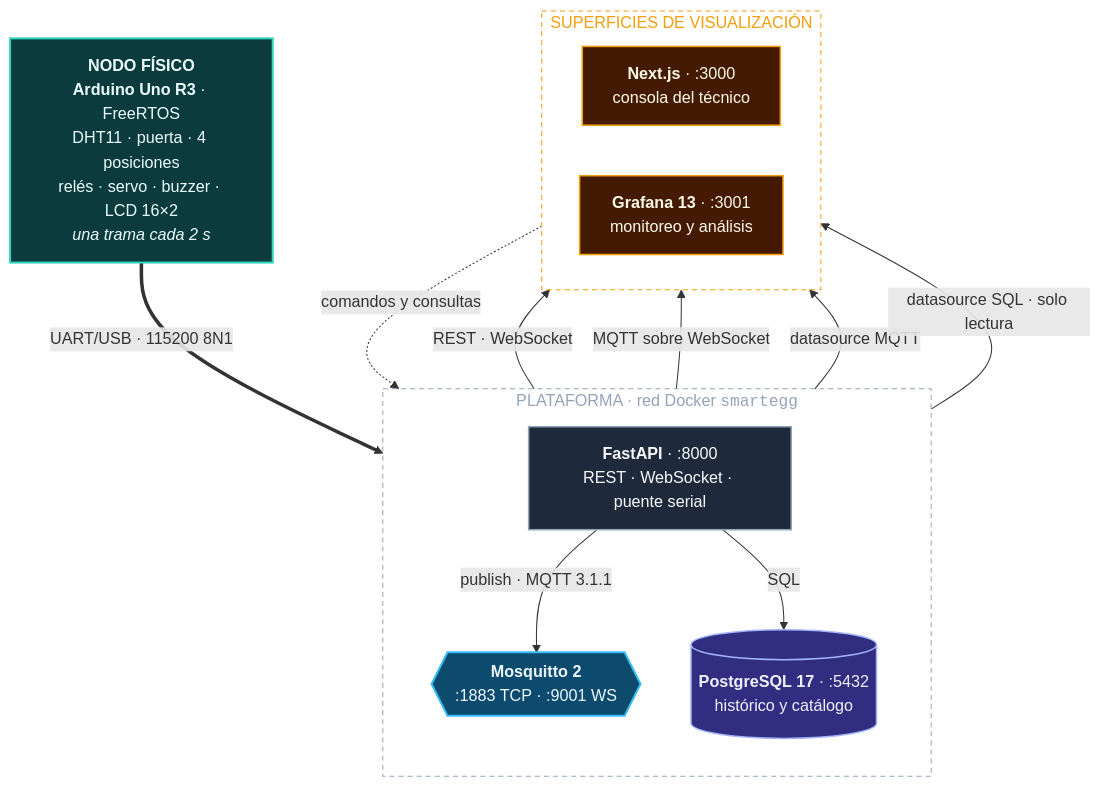
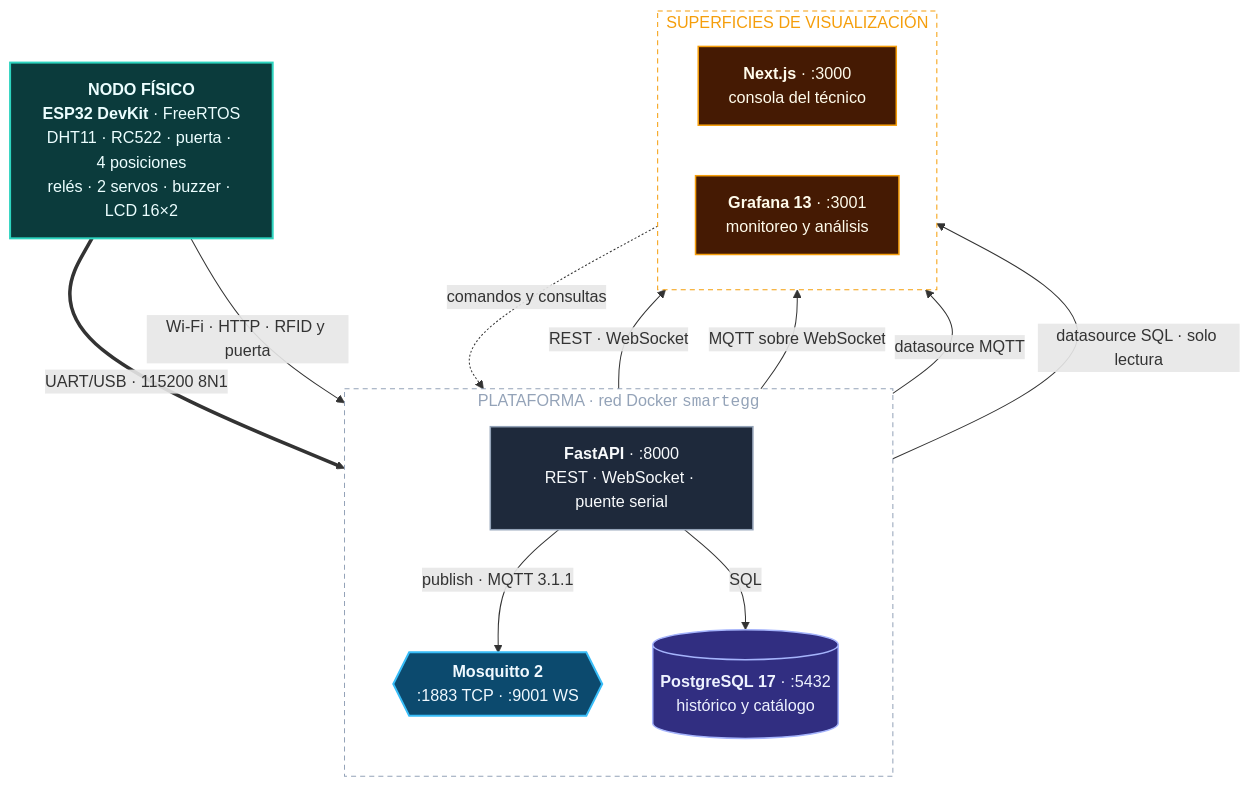
Before and after one commit to ricardious/AYC2_G3: the first of 7 diagrams in Proyecto_1_SmartEgg/README.md, drawn with Mermaid. The commit also changed other lines of this file, not shown here.

Commit message:
docs: actualizar arquitectura del acceso físico

````diff
--- a/Proyecto_1_SmartEgg/README.md
+++ b/Proyecto_1_SmartEgg/README.md
@@ -49,41 +49,42 @@
 ```mermaid
 flowchart TB
-    NODE["<b>NODO FÍSICO</b><br/><b>Arduino Uno R3</b> · FreeRTOS<br/>DHT11 · puerta · 4 posiciones<br/>relés · servo · buzzer · LCD 16×2<br/><i>una trama cada 2 s</i>"]
+    NODE["<b>NODO FÍSICO</b><br/><b>ESP32 DevKit</b> · FreeRTOS<br/>DHT11 · RC522 · puerta · 4 posiciones<br/>relés · 2 servos · buzzer · LCD 16×2"]
 
     subgraph PLATAFORMA["PLATAFORMA · red Docker <code>smartegg</code>"]
         direction TB
         API["<b>FastAPI</b> · :8000<br/>REST · WebSocket · puente serial"]
         MQTT{{"<b>Mosquitto 2</b><br/>:1883 TCP · :9001 WS"}}
         DB[("<b>PostgreSQL 17</b> · :5432<br/>histórico y catálogo")]
         API -->|"publish · MQTT 3.1.1"| MQTT
         API -->|"SQL"| DB
     end
 
     subgraph CONSUMO["SUPERFICIES DE VISUALIZACIÓN"]
         direction LR
         WEB["<b>Next.js</b> · :3000<br/>consola del técnico"]
         GRAFANA["<b>Grafana 13</b> · :3001<br/>monitoreo y análisis"]
     end
 
     NODE ==>|"UART/USB · 115200 8N1"| API
+    NODE -->|"Wi-Fi · HTTP · RFID y puerta"| API
     API -->|"REST · WebSocket"| WEB
     WEB -.->|"comandos y consultas"| API
     MQTT -->|"MQTT sobre WebSocket"| WEB
     MQTT -->|"datasource MQTT"| GRAFANA
     DB -->|"datasource SQL · solo lectura"| GRAFANA
 
     classDef fisico fill:#0b3b3c,stroke:#2dd4bf,color:#ecfeff,stroke-width:2px
     classDef servicio fill:#1e293b,stroke:#94a3b8,color:#f8fafc,stroke-width:1.5px
     classDef almacen fill:#312e81,stroke:#a5b4fc,color:#eef2ff,stroke-width:1.5px
     classDef broker fill:#0c4a6e,stroke:#38bdf8,color:#f0f9ff,stroke-width:2px
     classDef vista fill:#451a03,stroke:#f59e0b,color:#fffbeb,stroke-width:1.5px
 
     class NODE fisico
     class API servicio
     class DB almacen
     class MQTT broker
     class WEB,GRAFANA vista
 
     style PLATAFORMA fill:none,stroke:#94a3b8,stroke-dasharray:5 4,color:#94a3b8
     style CONSUMO fill:none,stroke:#f59e0b,stroke-dasharray:5 4,color:#f59e0b
 ```
````
